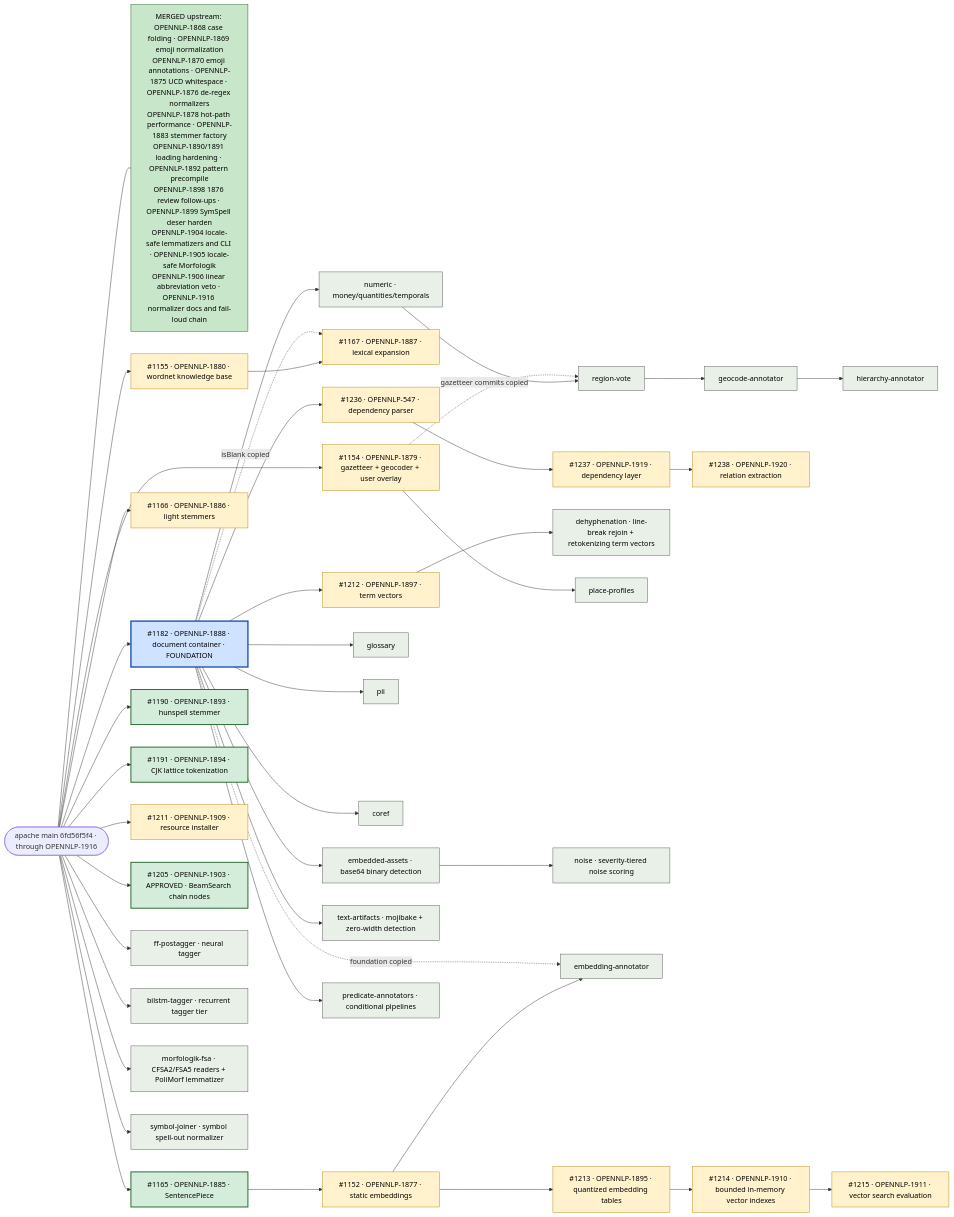
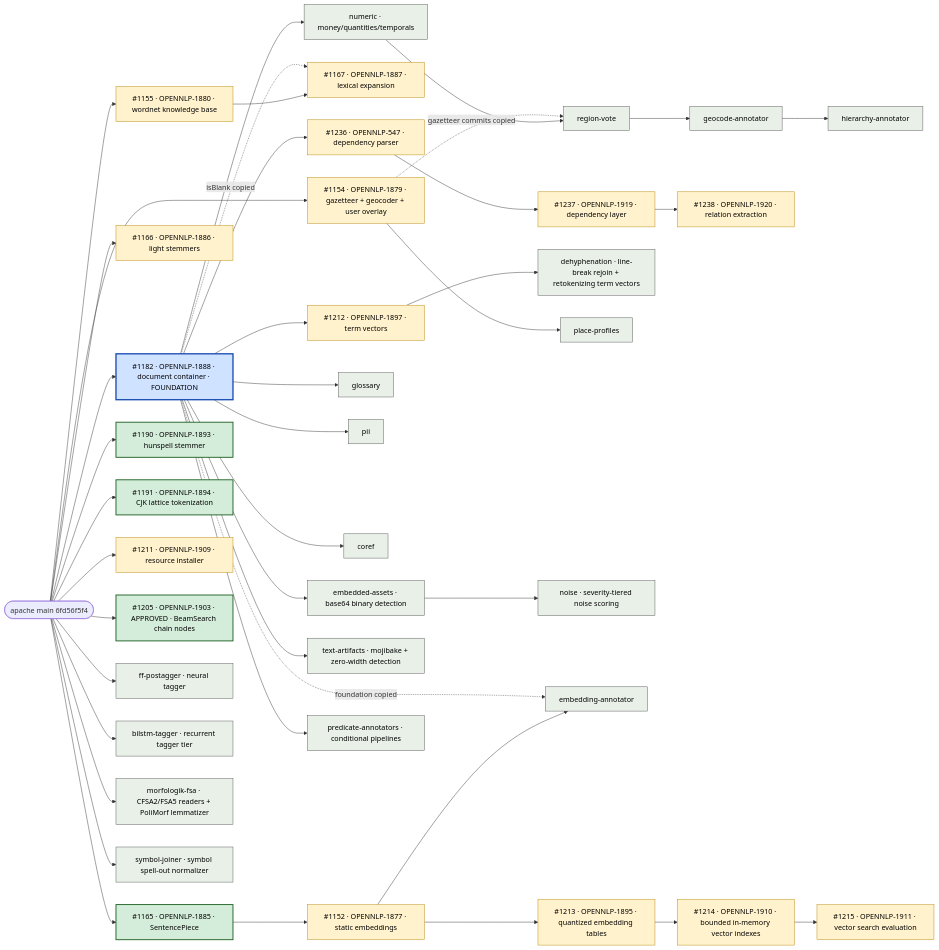
One commit to ai-pipestream/opennlp changed the diagram in RESEARCH_BRANCHES.md. Above: the diagram before and after it, drawn with Mermaid. The commit also changed other lines of this file, not shown here.

Commit message:
Drop the merged box from the branch map diagram
Merged work is part of apache main itself, not a stack on top of it; the
graph now starts at plain main and the merged ticket list lives in the
prose below the diagram.

````diff
--- a/RESEARCH_BRANCHES.md
+++ b/RESEARCH_BRANCHES.md
@@ -61,72 +61,67 @@
 ```mermaid
 flowchart LR
-  main(["apache main 6fd56f5f4 · through OPENNLP-1916"])
-
-  merged["MERGED upstream: OPENNLP-1868 case folding · OPENNLP-1869 emoji normalization<br/>OPENNLP-1870 emoji annotations · OPENNLP-1875 UCD whitespace · OPENNLP-1876 de-regex normalizers<br/>OPENNLP-1878 hot-path performance · OPENNLP-1883 stemmer factory<br/>OPENNLP-1890/1891 loading hardening · OPENNLP-1892 pattern precompile<br/>OPENNLP-1898 1876 review follow-ups · OPENNLP-1899 SymSpell deser harden<br/>OPENNLP-1904 locale-safe lemmatizers and CLI · OPENNLP-1905 locale-safe Morfologik<br/>OPENNLP-1906 linear abbreviation veto · OPENNLP-1916 normalizer docs and fail-loud chain"]
-  main --- merged
+  main(["apache main 6fd56f5f4"])
 
   %% ---- open pull requests against apache/opennlp ----
   main --> p1182["#1182 · OPENNLP-1888 · document container · FOUNDATION"]
   main --> d1154["#1154 · OPENNLP-1879 · gazetteer + geocoder + user overlay"]
   main --> d1155["#1155 · OPENNLP-1880 · wordnet knowledge base"]
   d1155 --> d1167["#1167 · OPENNLP-1887 · lexical expansion"]
   p1182 -. isBlank copied .-> d1167
   main --> d1166["#1166 · OPENNLP-1886 · light stemmers"]
   main --> d1165["#1165 · OPENNLP-1885 · SentencePiece"]
   d1165 --> d1152["#1152 · OPENNLP-1877 · static embeddings"]
   d1152 --> p1213["#1213 · OPENNLP-1895 · quantized embedding tables"]
   p1213 --> p1214["#1214 · OPENNLP-1910 · bounded in-memory vector indexes"]
   p1214 --> p1215["#1215 · OPENNLP-1911 · vector search evaluation"]
   main --> huns["#1190 · OPENNLP-1893 · hunspell stemmer"]
   main --> cjk["#1191 · OPENNLP-1894 · CJK lattice tokenization"]
   main --> p1211["#1211 · OPENNLP-1909 · resource installer"]
 
   %% ---- open fix pull requests against apache/opennlp ----
   main --> p1205["#1205 · OPENNLP-1903 · APPROVED · BeamSearch chain nodes"]
 
   p1182 --> p1212["#1212 · OPENNLP-1897 · term vectors"]
   p1182 --> p1236["#1236 · OPENNLP-547 · dependency parser"]
   p1236 --> p1237["#1237 · OPENNLP-1919 · dependency layer"]
   p1237 --> p1238["#1238 · OPENNLP-1920 · relation extraction"]
 
   %% ---- staged engines (this fork only) ----
   main --> fftag["ff-postagger · neural tagger"]
   main --> bilstm["bilstm-tagger · recurrent tagger tier"]
   main --> morf["morfologik-fsa · CFSA2/FSA5 readers + PoliMorf lemmatizer"]
   main --> sjoin["symbol-joiner · symbol spell-out normalizer"]
   p1212 --> dehyp["dehyphenation · line-break rejoin + retokenizing term vectors"]
   d1154 --> prof["place-profiles"]
 
   %% ---- staged annotators over the document container ----
   p1182 --> glos["glossary"]
   p1182 --> pii["pii"]
   p1182 --> coref["coref"]
   p1182 --> num["numeric · money/quantities/temporals"]
 
   %% ---- text-hygiene pack over the document container ----
   p1182 --> tart["text-artifacts · mojibake + zero-width detection"]
   p1182 --> asset["embedded-assets · base64 binary detection"]
   asset --> noiz["noise · severity-tiered noise scoring"]
   p1182 --> pred["predicate-annotators · conditional pipelines"]
 
   d1152 --> emb["embedding-annotator"]
   p1182 -. foundation copied .-> emb
 
   num --> rvote["region-vote"]
   d1154 -. gazetteer commits copied .-> rvote
   rvote --> geo["geocode-annotator"]
   geo --> hier["hierarchy-annotator"]
 
-  classDef mergedC fill:#c8e6c9,stroke:#1b5e20,color:#000;
   classDef ready fill:#d4edda,stroke:#1b5e20,color:#000,stroke-width:2px;
   classDef draft fill:#fff2cc,stroke:#b8860b,color:#000;
   classDef foundation fill:#cfe2ff,stroke:#1c4fb3,color:#000,stroke-width:3px;
   classDef filed fill:#e6d9f2,stroke:#5b3a8e,color:#000,stroke-width:2px;
   classDef cut fill:#e8f0e8,stroke:#555,color:#000;
 
-  class merged mergedC;
   class d1165,huns,cjk,p1205 ready;
   class d1152,d1154,d1155,d1166,d1167,p1211,p1212,p1213,p1214,p1215,p1236,p1237,p1238 draft;
   class p1182 foundation;
   class fftag,bilstm,morf,sjoin,dehyp,prof,glos,pii,coref,num,tart,asset,noiz,pred,geo,hier,rvote,emb cut;
 ```
````
